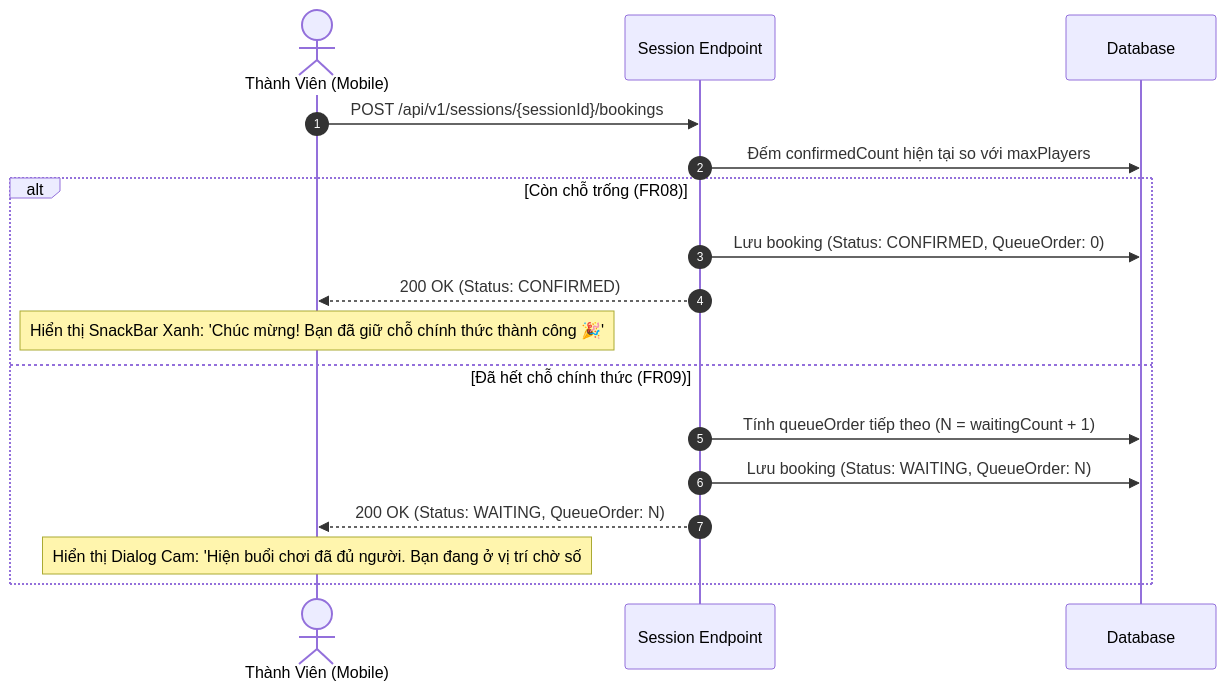
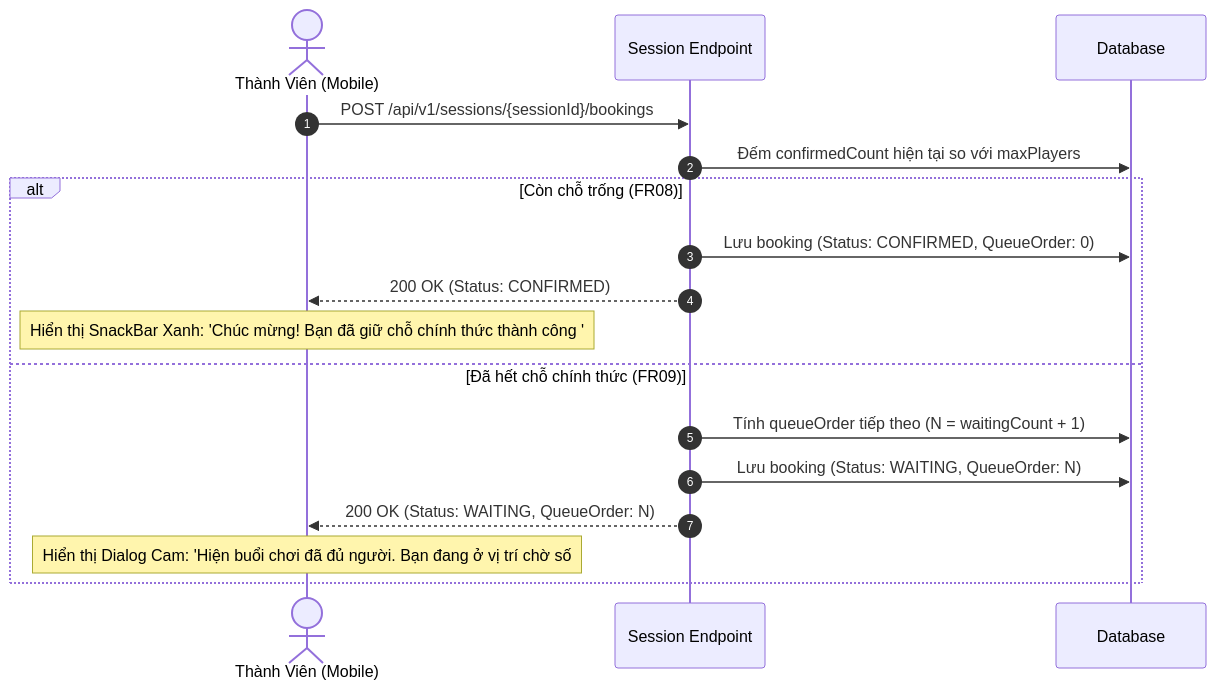
The sixth of 7 diagrams in docs/API_DOCUMENTATION.md (hoancong8/KLTN2026-2027), drawn with Mermaid before and after one commit. The commit also changed other lines of this file and 5 other files, not shown here.

````diff
--- a/docs/API_DOCUMENTATION.md
+++ b/docs/API_DOCUMENTATION.md
@@ -1066,20 +1066,20 @@
 ```mermaid
 sequenceDiagram
     autonumber
     actor Member as Thành Viên (Mobile)
     participant API as Session Endpoint
     participant DB as Database
     
     Member->>API: POST /api/v1/sessions/{sessionId}/bookings
     API->>DB: Đếm confirmedCount hiện tại so với maxPlayers
     alt Còn chỗ trống (FR08)
         API->>DB: Lưu booking (Status: CONFIRMED, QueueOrder: 0)
         API-->>Member: 200 OK (Status: CONFIRMED)
-        Note over Member: Hiển thị SnackBar Xanh: 'Chúc mừng! Bạn đã giữ chỗ chính thức thành công 🎉'
+        Note over Member: Hiển thị SnackBar Xanh: 'Chúc mừng! Bạn đã giữ chỗ chính thức thành công '
     else Đã hết chỗ chính thức (FR09)
         API->>DB: Tính queueOrder tiếp theo (N = waitingCount + 1)
         API->>DB: Lưu booking (Status: WAITING, QueueOrder: N)
         API-->>Member: 200 OK (Status: WAITING, QueueOrder: N)
         Note over Member: Hiển thị Dialog Cam: 'Hiện buổi chơi đã đủ người. Bạn đang ở vị trí chờ số #N trong hàng đợi!'
     end
 ```
````
